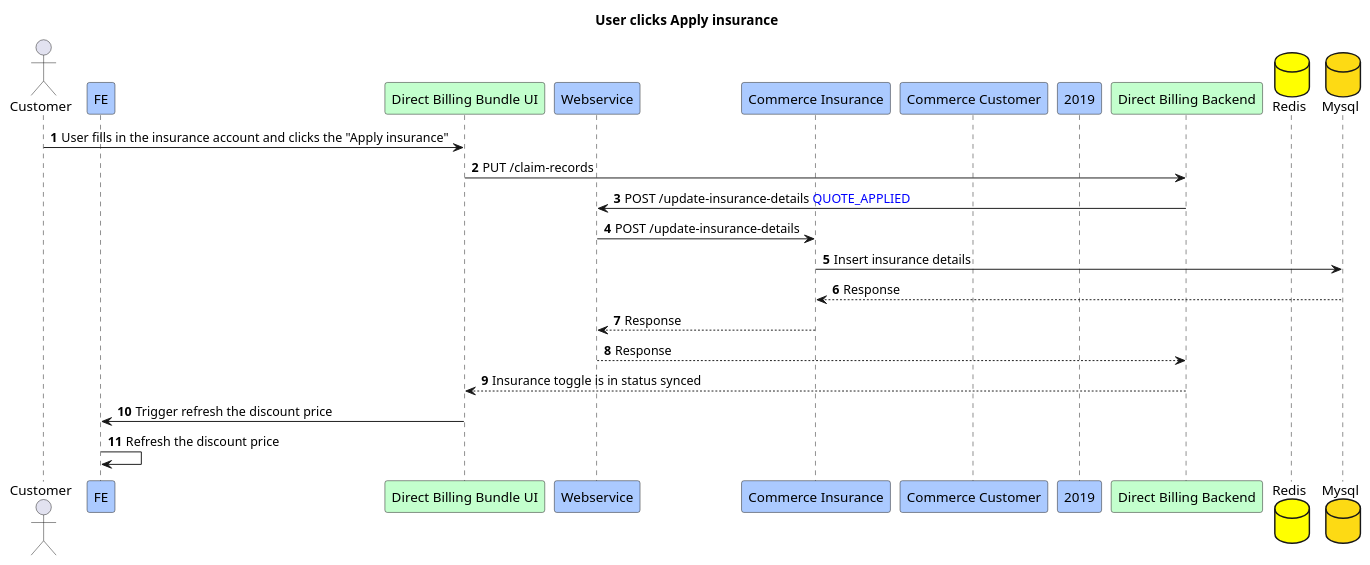
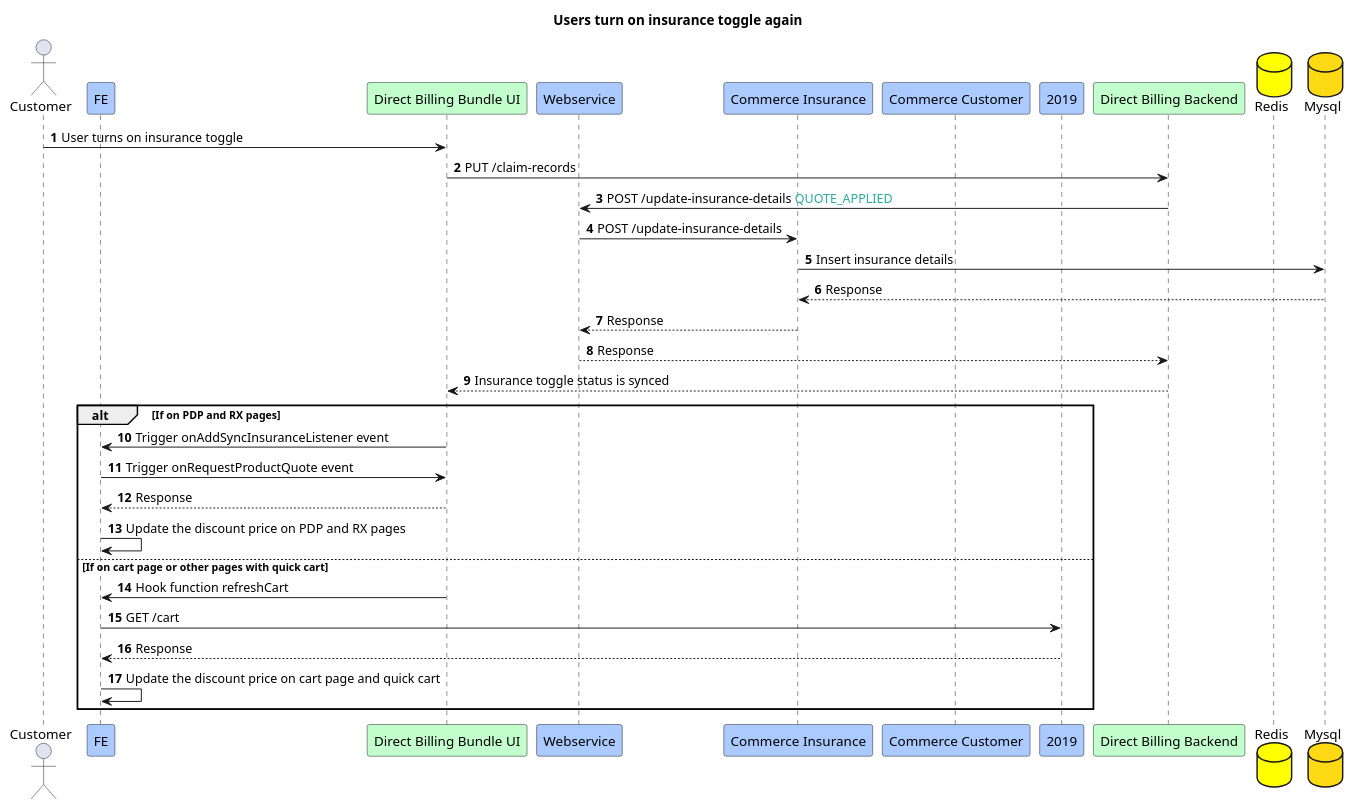
Before and after one commit to Jayounger/EyeMed-Sequence-Diagram: the diagram in 11.Customer turns insurance toggle ON again.puml, drawn with PlantUML. The commit also changed 14 other files, not shown here.

Commit message:
update diagram

```diff
--- a/11.Customer turns insurance toggle ON again.puml
+++ b/11.Customer turns insurance toggle ON again.puml
@@ -1,49 +1,58 @@
 @startuml
-title User clicks Apply insurance
+title Users turn on insurance toggle again
 actor Customer
 participant FE #abcaff
 participant "Direct Billing Bundle UI" #c3ffcd
 participant "Webservice" #abcaff
 participant "Commerce Insurance" #abcaff
 participant "Commerce Customer" #abcaff
 participant "2019" #abcaff
 participant "Direct Billing Backend" #c3ffcd
 database "Redis" #yellow
 database "Mysql" #fdda14
 
 autonumber
-Customer -> "Direct Billing Bundle UI":User fills in the insurance account and clicks the "Apply insurance"
+Customer -> "Direct Billing Bundle UI":User turns on insurance toggle
 '"Direct Billing Bundle UI" -> FE:Hook function getCustomer
 'alt If it is a guest user
 '    FE --> "Direct Billing Bundle UI":Response guest user info
 'else If it is a login user
 '    FE -> "Webservice":GET /users/{user-id}
 '    "Webservice" -> "Commerce Customer":GET /users/{user-id}
 '    "Commerce Customer" --> "Webservice":Response
 '    "Webservice" --> FE:Response
 '    FE --> "Direct Billing Bundle UI":Response login user info
 'end
 
 '"Direct Billing Bundle UI" -> FE:hook function getCartItemDetails
 
 'FE -> "Webservice":GET /insurance/cart-products
 '"Webservice" -> "Commerce Insurance":GET /cart-products
 '"Commerce Insurance" -> 2019:GET /cart
 '2019 --> "Commerce Insurance":Response
 '"Commerce Insurance" --> "Webservice":Response
 '"Webservice" --> FE:Response
 'FE --> "Direct Billing Bundle UI":Response product bundle
 
 "Direct Billing Bundle UI" -> "Direct Billing Backend": PUT /claim-records
 
-"Direct Billing Backend" -> "Webservice":POST /update-insurance-details <font color=blue>QUOTE_APPLIED
+"Direct Billing Backend" -> "Webservice":POST /update-insurance-details <font color=#27ad9a>QUOTE_APPLIED
 "Webservice" -> "Commerce Insurance":POST /update-insurance-details
 "Commerce Insurance" -> "Mysql":Insert insurance details
 "Mysql" --> "Commerce Insurance":Response
 "Commerce Insurance" --> "Webservice":Response
 "Webservice" --> "Direct Billing Backend":Response
-"Direct Billing Backend" --> "Direct Billing Bundle UI":Insurance toggle is in status synced
-"Direct Billing Bundle UI" -> FE:Trigger refresh the discount price
-FE -> FE:Refresh the discount price
+"Direct Billing Backend" --> "Direct Billing Bundle UI":Insurance toggle status is synced
+alt If on PDP and RX pages 
+"Direct Billing Bundle UI" -> FE:Trigger onAddSyncInsuranceListener event
+FE -> "Direct Billing Bundle UI":Trigger onRequestProductQuote event
+"Direct Billing Bundle UI" --> FE:Response
+FE -> FE:Update the discount price on PDP and RX pages
+else If on cart page or other pages with quick cart
+"Direct Billing Bundle UI" -> FE:Hook function refreshCart
+FE -> 2019:GET /cart
+2019 --> FE:Response
+FE -> FE:Update the discount price on cart page and quick cart
+end
 
 @enduml
```
